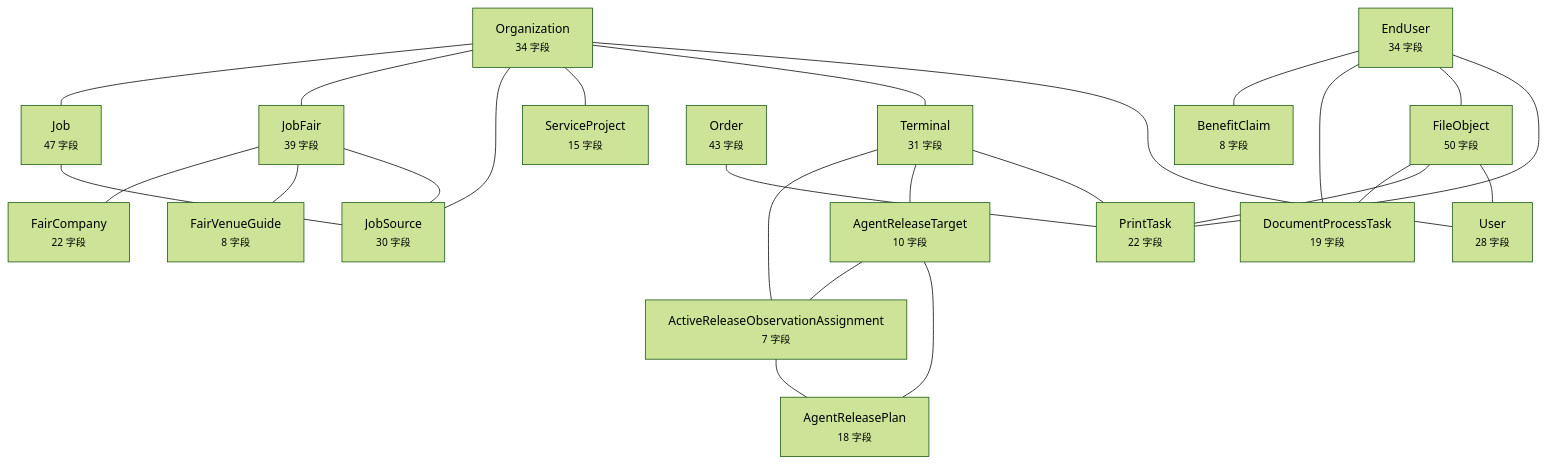
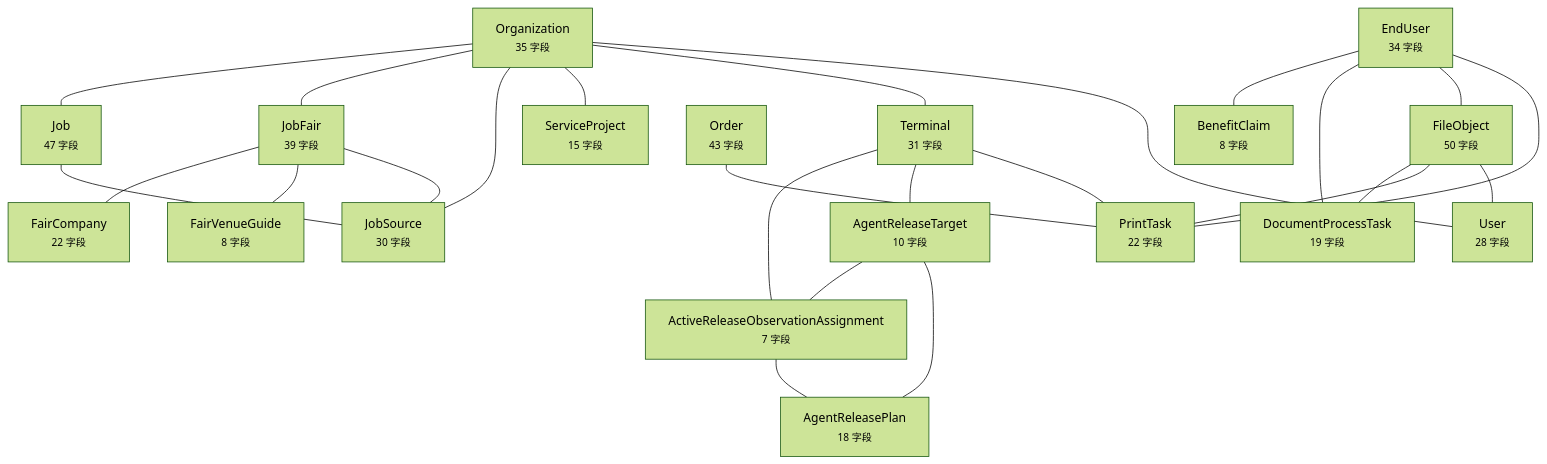
One commit to wanglei581/YITIJI changed the diagram in docs/graph/data-model.md. Above: the diagram before and after it, drawn with Mermaid (forest theme). The commit also changed other lines of this file and 49 other files, not shown here.

````diff
--- a/docs/graph/data-model.md
+++ b/docs/graph/data-model.md
@@ -10,45 +10,45 @@
 ```mermaid
 flowchart TD
   EndUser["EndUser<br/><small>34 字段</small>"]
-  Organization["Organization<br/><small>34 字段</small>"]
+  Organization["Organization<br/><small>35 字段</small>"]
   Terminal["Terminal<br/><small>31 字段</small>"]
   FileObject["FileObject<br/><small>50 字段</small>"]
   Job["Job<br/><small>47 字段</small>"]
   JobFair["JobFair<br/><small>39 字段</small>"]
   JobSource["JobSource<br/><small>30 字段</small>"]
   User["User<br/><small>28 字段</small>"]
   Order["Order<br/><small>43 字段</small>"]
   PrintTask["PrintTask<br/><small>22 字段</small>"]
   AgentReleaseTarget["AgentReleaseTarget<br/><small>10 字段</small>"]
   ServiceProject["ServiceProject<br/><small>15 字段</small>"]
   ActiveReleaseObservationAssignment["ActiveReleaseObservationAssignment<br/><small>7 字段</small>"]
   AgentReleasePlan["AgentReleasePlan<br/><small>18 字段</small>"]
   BenefitClaim["BenefitClaim<br/><small>8 字段</small>"]
   DocumentProcessTask["DocumentProcessTask<br/><small>19 字段</small>"]
   FairCompany["FairCompany<br/><small>22 字段</small>"]
   FairVenueGuide["FairVenueGuide<br/><small>8 字段</small>"]
   EndUser --- BenefitClaim
   EndUser --- DocumentProcessTask
   EndUser --- FileObject
   EndUser --- PrintTask
   Organization --- Job
   Organization --- JobFair
   Organization --- JobSource
   Organization --- ServiceProject
   Organization --- Terminal
   Organization --- User
   Terminal --- ActiveReleaseObservationAssignment
   Terminal --- AgentReleaseTarget
   Terminal --- PrintTask
   FileObject --- DocumentProcessTask
   FileObject --- PrintTask
   FileObject --- User
   Job --- JobSource
   JobFair --- FairCompany
   JobFair --- FairVenueGuide
   JobFair --- JobSource
   Order --- PrintTask
   AgentReleaseTarget --- ActiveReleaseObservationAssignment
   AgentReleaseTarget --- AgentReleasePlan
   ActiveReleaseObservationAssignment --- AgentReleasePlan
 ```
````
